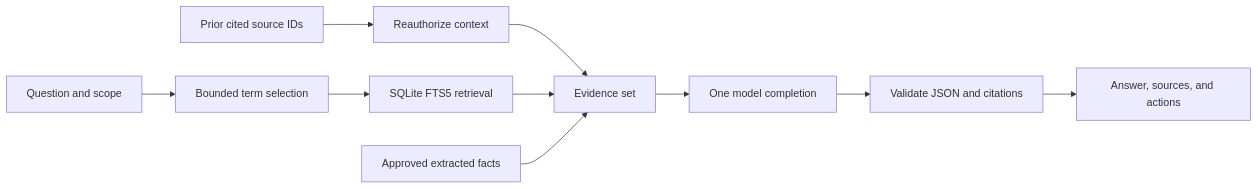
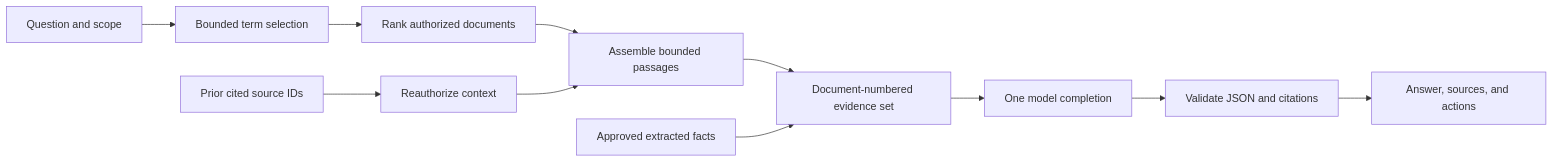
One commit to johnnybravo-xyz/suchi changed the diagram in docs/archive-chat.mdx. Above: the diagram before and after it, drawn with Mermaid. The commit also changed other lines of this file and 5 other files, not shown here.

````diff
--- a/docs/archive-chat.mdx
+++ b/docs/archive-chat.mdx
@@ -33,12 +33,13 @@
 ```mermaid
 flowchart LR
     Q[Question and scope] --> T[Bounded term selection]
-    T --> F[SQLite FTS5 retrieval]
+    T --> R[Rank authorized documents]
     C[Prior cited source IDs] --> A[Reauthorize context]
-    A --> E[Evidence set]
-    F --> E
+    R --> P[Assemble bounded passages]
+    A --> P
+    P --> E[Document-numbered evidence set]
     I[Approved extracted facts] --> E
     E --> M[One model completion]
     M --> V[Validate JSON and citations]
     V --> U[Answer, sources, and actions]
 ```
````
